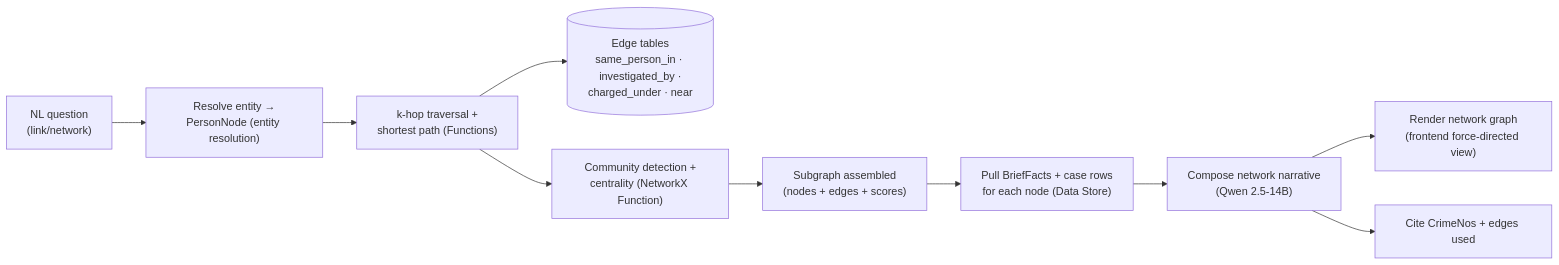
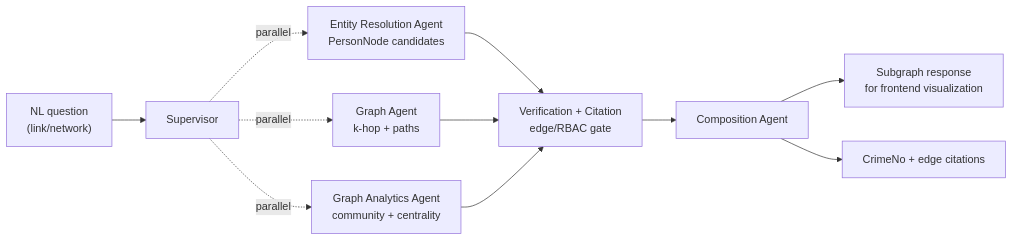
The fourth of 8 diagrams in PLAN.md (SHYAMSUNDAR2396/ksp-crime-copilot), drawn with Mermaid before and after one commit. The commit also changed other lines of this file and 1 other file, not shown here.

````diff
--- a/PLAN.md
+++ b/PLAN.md
@@ -225,12 +308,11 @@
 ```mermaid
 flowchart LR
-  Q["NL question<br/>(link/network)"] --> RES["Resolve entity →<br/>PersonNode (entity resolution)"]
-  RES --> TRAV["k-hop traversal +<br/>shortest path (Functions)"]
-  TRAV --> EDGES[("Edge tables<br/>same_person_in · investigated_by ·<br/>charged_under · near")]
-  TRAV --> COMM["Community detection +<br/>centrality (NetworkX Function)"]
-  COMM --> SUBG["Subgraph assembled<br/>(nodes + edges + scores)"]
-  SUBG --> CTX["Pull BriefFacts + case rows<br/>for each node (Data Store)"]
-  CTX --> COMP["Compose network narrative<br/>(Qwen 2.5-14B)"]
-  COMP --> VIZ["Render network graph<br/>(frontend force-directed view)"]
-  COMP --> CITE["Cite CrimeNos + edges used"]
+  Q["NL question<br/>(link/network)"] --> SUP["Supervisor"]
+  SUP -. parallel .-> RES["Entity Resolution Agent<br/>PersonNode candidates"]
+  SUP -. parallel .-> EDGES["Graph Agent<br/>k-hop + paths"]
+  SUP -. parallel .-> COMM["Graph Analytics Agent<br/>community + centrality"]
+  RES & EDGES & COMM --> VERIFY["Verification + Citation<br/>edge/RBAC gate"]
+  VERIFY --> COMP["Composition Agent"]
+  COMP --> VIZ["Subgraph response<br/>for frontend visualization"]
+  COMP --> CITE["CrimeNo + edge citations"]
 ```
````
